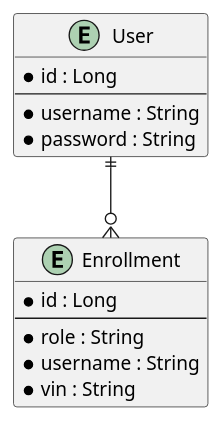
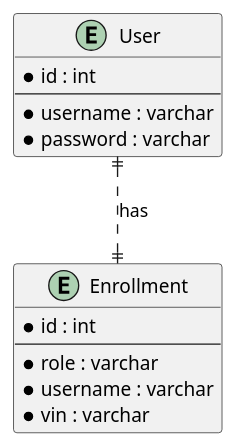
One commit to Dinesh-s95/AutoDoc.ai changed the fourth of 4 diagrams in enrollment/documentation/detaileddesign.adoc. Above: the diagram before and after it, drawn with PlantUML. The commit also changed other lines of this file and 19 other files, not shown here.

```diff
--- a/enrollment/documentation/detaileddesign.adoc
+++ b/enrollment/documentation/detaileddesign.adoc
@@ -236,21 +247,21 @@
 [plantuml, er-diagram, png]
 ----
 @startuml
 entity "User" {
-    * id : Long
+    * id : int
     --
-    * username : String
-    * password : String
+    * username : varchar
+    * password : varchar
 }
 
 entity "Enrollment" {
-    * id : Long
+    * id : int
     --
-    * role : String
-    * username : String
-    * vin : String
+    * role : varchar
+    * username : varchar
+    * vin : varchar
 }
 
-User ||--o{ Enrollment
+User ||..|| Enrollment : "has"
 @enduml
 ----
```
